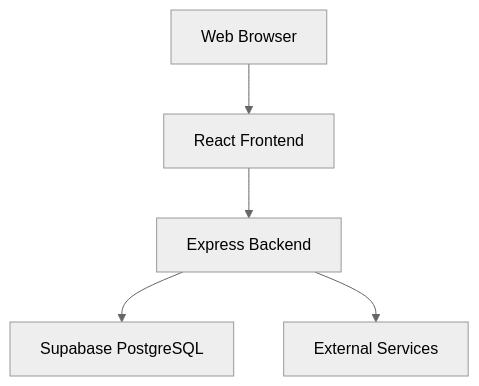
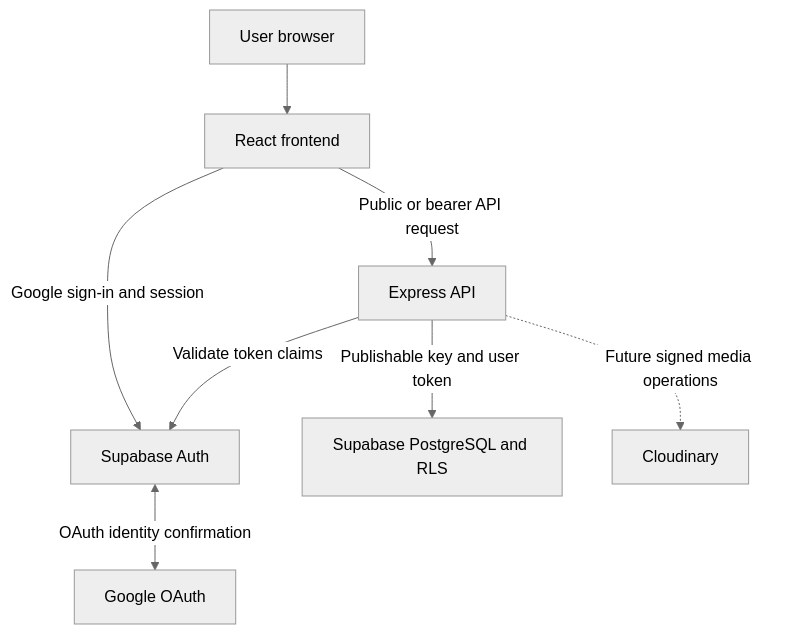
One commit to keyzcodes/real-estate-platform changed the diagram in docs/architecture/system-architecture.md. Above: the diagram before and after it, drawn with Mermaid (neutral theme). The commit also changed other lines of this file and 8 other files, not shown here.

````diff
--- a/docs/architecture/system-architecture.md
+++ b/docs/architecture/system-architecture.md
@@ -11,13 +16,10 @@
 ```mermaid
 flowchart TD
-    U["Web Browser"]
-    F["React Frontend"]
-    B["Express Backend"]
-    D["Supabase PostgreSQL"]
-    E["External Services"]
-
-    U --> F
-    F --> B
-    B --> D
-    B --> E
+    U["User browser"] --> F["React frontend"]
+    F -->|"Google sign-in and session"| A["Supabase Auth"]
+    A <-->|"OAuth identity confirmation"| G["Google OAuth"]
+    F -->|"Public or bearer API request"| B["Express API"]
+    B -->|"Validate token claims"| A
+    B -->|"Publishable key and user token"| D["Supabase PostgreSQL and RLS"]
+    B -.->|"Future signed media operations"| C["Cloudinary"]
 ```
````
